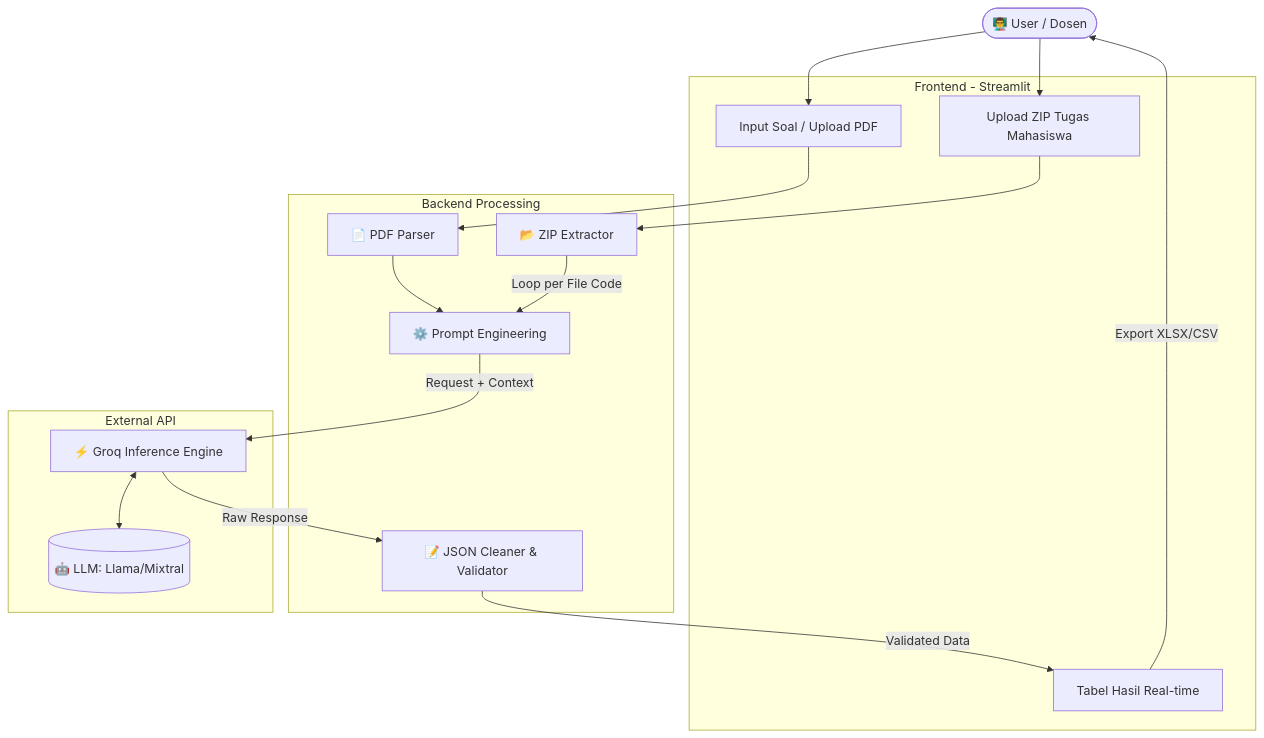
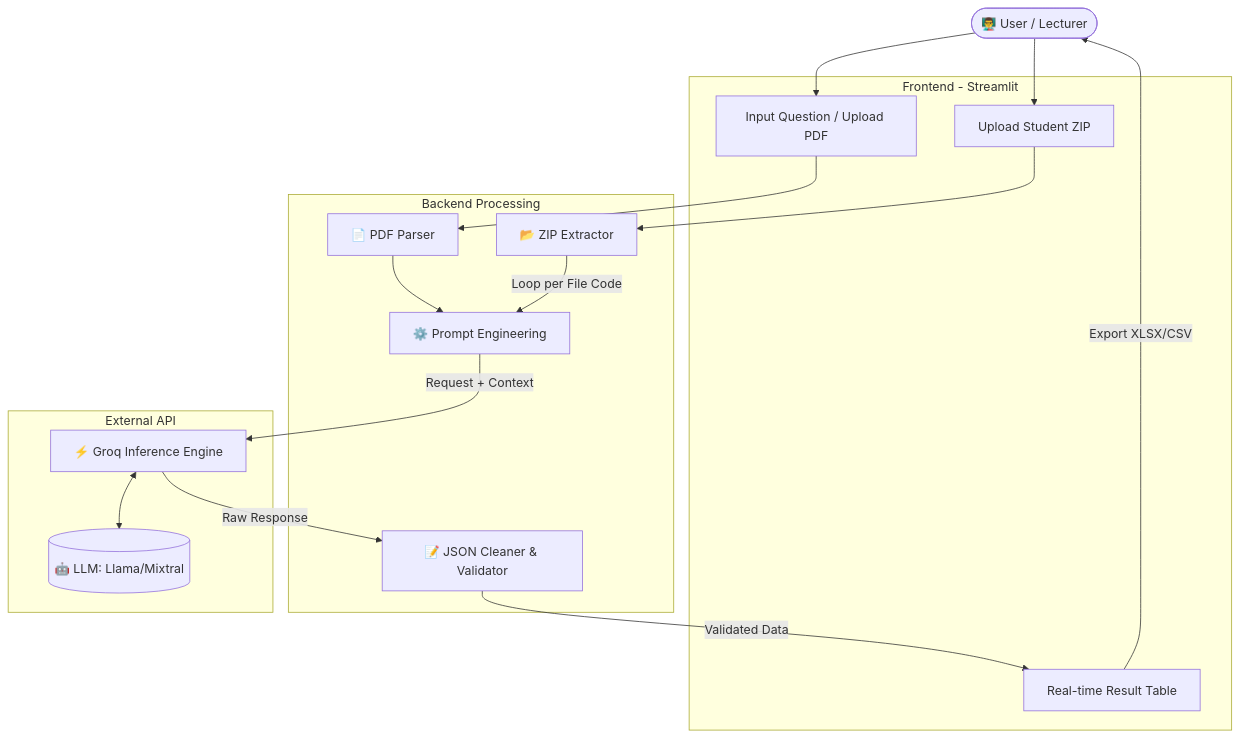
One commit to TangRmdhn/CodeGrader changed the diagram in README.md. Above: the diagram before and after it, drawn with Mermaid. The commit also changed other lines of this file, not shown here.

`````diff
--- a/README.md
+++ b/README.md
@@ -33,36 +33,36 @@
 ```mermaid
 graph TD
-    User([👨‍🏫 User / Dosen])
+    User([👨‍🏫 User / Lecturer])
     subgraph UI [Frontend - Streamlit]
-        InputSoal[Input Soal / Upload PDF]
-        InputZip[Upload ZIP Tugas Mahasiswa]
-        ResultTable[Tabel Hasil Real-time]
+        InputSoal[Input Question / Upload PDF]
+        InputZip[Upload Student ZIP]
+        ResultTable[Real-time Result Table]
     end
 
     subgraph Backend [Backend Processing]
         Extractor[📂 ZIP Extractor]
         PDFReader[📄 PDF Parser]
         PromptEng[⚙️ Prompt Engineering]
         JSONParser[📝 JSON Cleaner & Validator]
     end
 
     subgraph AI [External API]
         GroqAPI[⚡ Groq Inference Engine]
         LLM[(🤖 LLM: Llama/Mixtral)]
     end
 
     User --> InputSoal
     User --> InputZip
     InputSoal --> PDFReader
     InputZip --> Extractor
     
     PDFReader --> PromptEng
     Extractor -- Loop per File Code --> PromptEng
     
     PromptEng -- Request + Context --> GroqAPI
     GroqAPI <--> LLM
     GroqAPI -- Raw Response --> JSONParser
     
     JSONParser -- Validated Data --> ResultTable
     ResultTable -- Export XLSX/CSV --> User
 ````
`````
